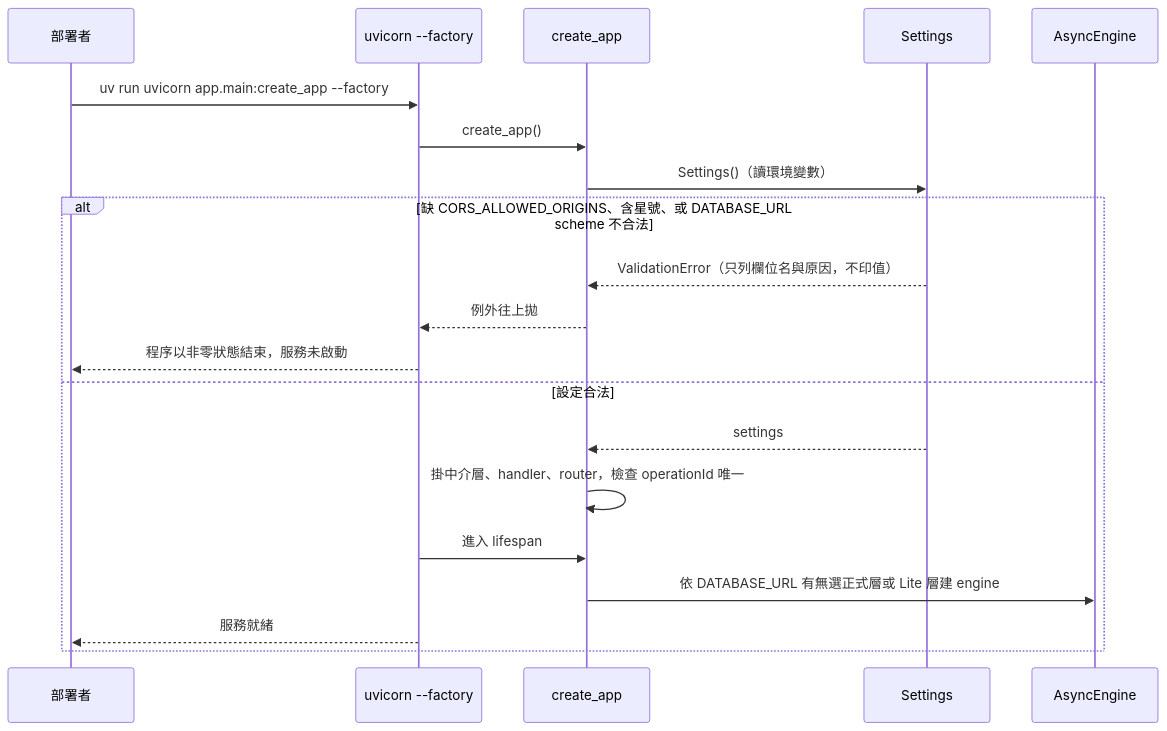
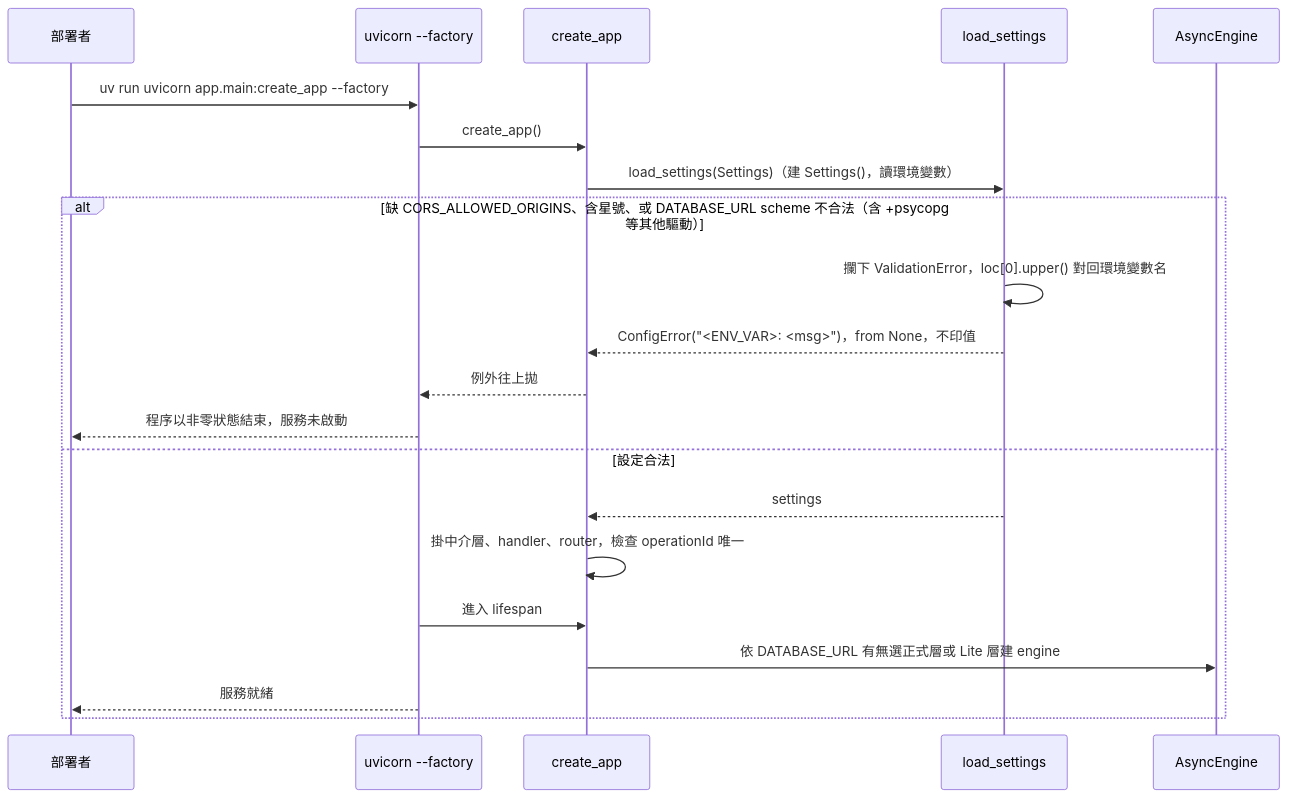
The eighth of 10 diagrams in openspec/changes/backend-skeleton/system-design.md (label-suite/label-suite), drawn with Mermaid before and after one commit. The commit also changed other lines of this file and 1 other file, not shown here.

First line of the commit message:
docs: split settings and model bases in backend design (#504)

````diff
--- a/openspec/changes/backend-skeleton/system-design.md
+++ b/openspec/changes/backend-skeleton/system-design.md
@@ -515,22 +547,23 @@
 ```mermaid
 sequenceDiagram
   participant Operator as 部署者
   participant Uvicorn as uvicorn --factory
   participant Factory as create_app
-  participant Settings
+  participant Loader as load_settings
   participant Engine as AsyncEngine
   Operator->>Uvicorn: uv run uvicorn app.main:create_app --factory
   Uvicorn->>Factory: create_app()
-  Factory->>Settings: Settings()（讀環境變數）
-  alt 缺 CORS_ALLOWED_ORIGINS、含星號、或 DATABASE_URL scheme 不合法
-    Settings-->>Factory: ValidationError（只列欄位名與原因，不印值）
+  Factory->>Loader: load_settings(Settings)（建 Settings()，讀環境變數）
+  alt 缺 CORS_ALLOWED_ORIGINS、含星號、或 DATABASE_URL scheme 不合法（含 +psycopg 等其他驅動）
+    Loader->>Loader: 攔下 ValidationError，loc[0].upper() 對回環境變數名
+    Loader-->>Factory: ConfigError("<ENV_VAR>: <msg>")，from None，不印值
     Factory-->>Uvicorn: 例外往上拋
     Uvicorn-->>Operator: 程序以非零狀態結束，服務未啟動
   else 設定合法
-    Settings-->>Factory: settings
+    Loader-->>Factory: settings
     Factory->>Factory: 掛中介層、handler、router，檢查 operationId 唯一
     Uvicorn->>Factory: 進入 lifespan
     Factory->>Engine: 依 DATABASE_URL 有無選正式層或 Lite 層建 engine
     Uvicorn-->>Operator: 服務就緒
   end
 ```
````
